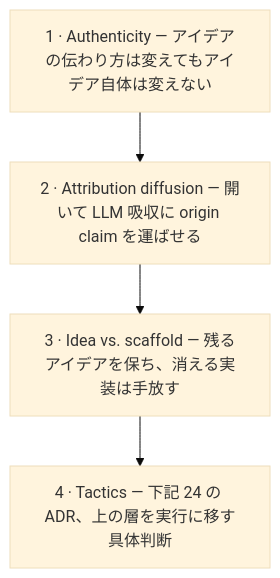
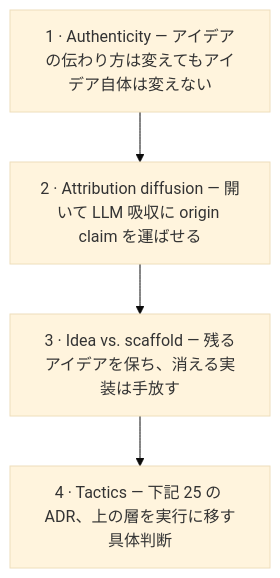
One commit to shimo4228/authorship-strategy changed the diagram in README.ja.md. Above: the diagram before and after it, drawn with Mermaid (base theme). The commit also changed other lines of this file and 21 other files, not shown here.

````diff
--- a/README.ja.md
+++ b/README.ja.md
@@ -31,6 +31,6 @@
 ```mermaid
 flowchart TD
     A["1 · Authenticity — アイデアの伝わり方は変えてもアイデア自体は変えない"] --> B["2 · Attribution diffusion — 開いて LLM 吸収に origin claim を運ばせる"]
     B --> C["3 · Idea vs. scaffold — 残るアイデアを保ち、消える実装は手放す"]
-    C --> D["4 · Tactics — 下記 24 の ADR、上の層を実行に移す具体判断"]
+    C --> D["4 · Tactics — 下記 25 の ADR、上の層を実行に移す具体判断"]
 ```
````
